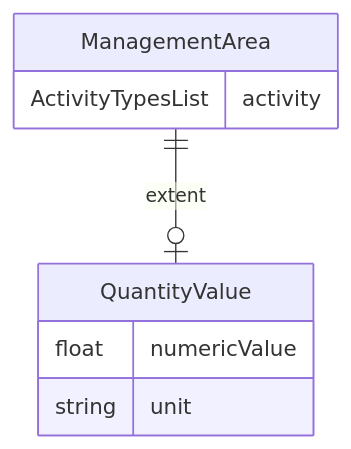
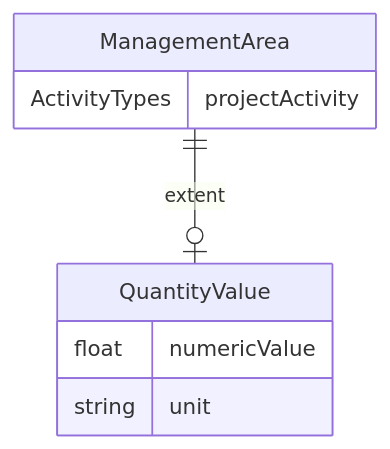
The diagram in schema/generated/ManagementArea.md (regen-network/regen-data-standards), drawn with Mermaid before and after one commit. The commit also changed other lines of this file and 86 other files, not shown here.

````diff
--- a/schema/generated/ManagementArea.md
+++ b/schema/generated/ManagementArea.md
@@ -11,13 +11,13 @@
 ```mermaid
 erDiagram
 ManagementArea {
-    ActivityTypesList activity  
+    ActivityTypes projectActivity  
 }
 QuantityValue {
     float numericValue  
     string unit  
 }
 
 ManagementArea ||--|o QuantityValue : "extent"
 
 ```
````
